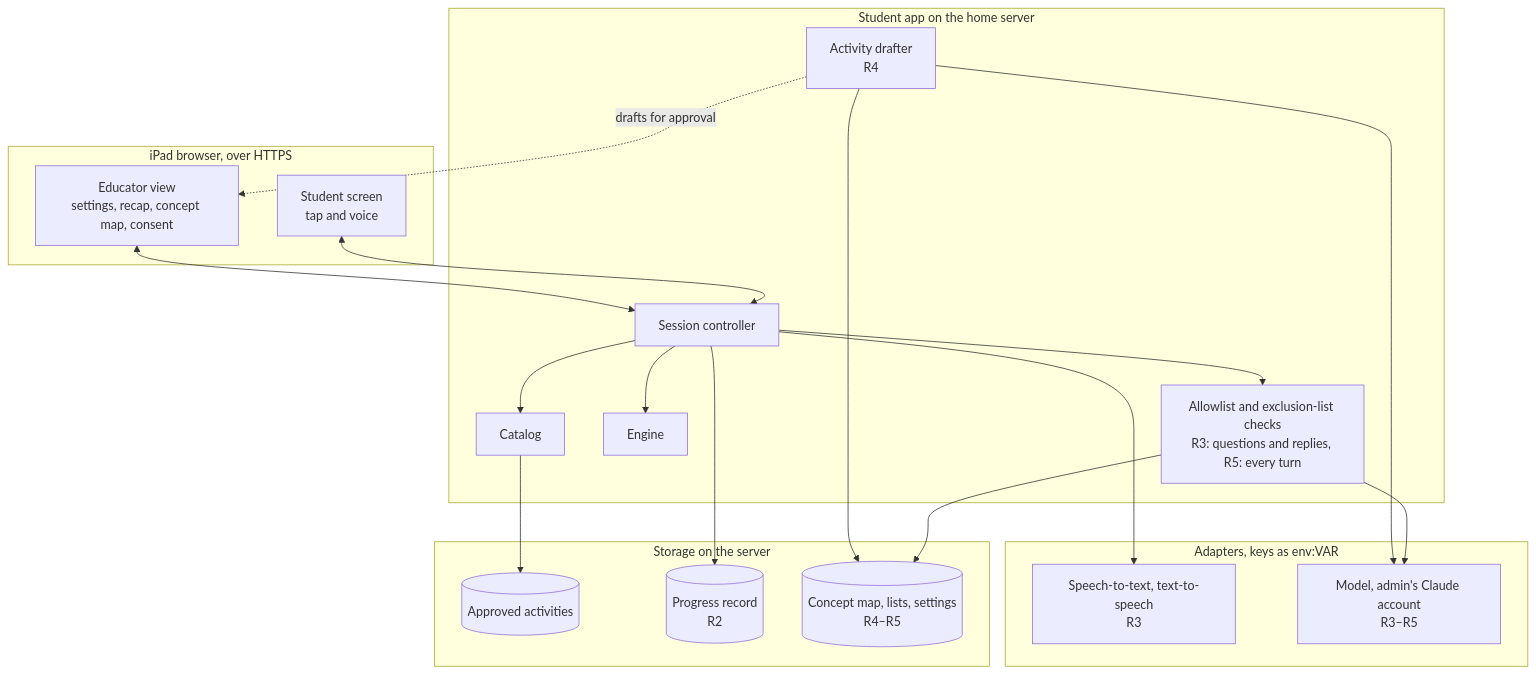
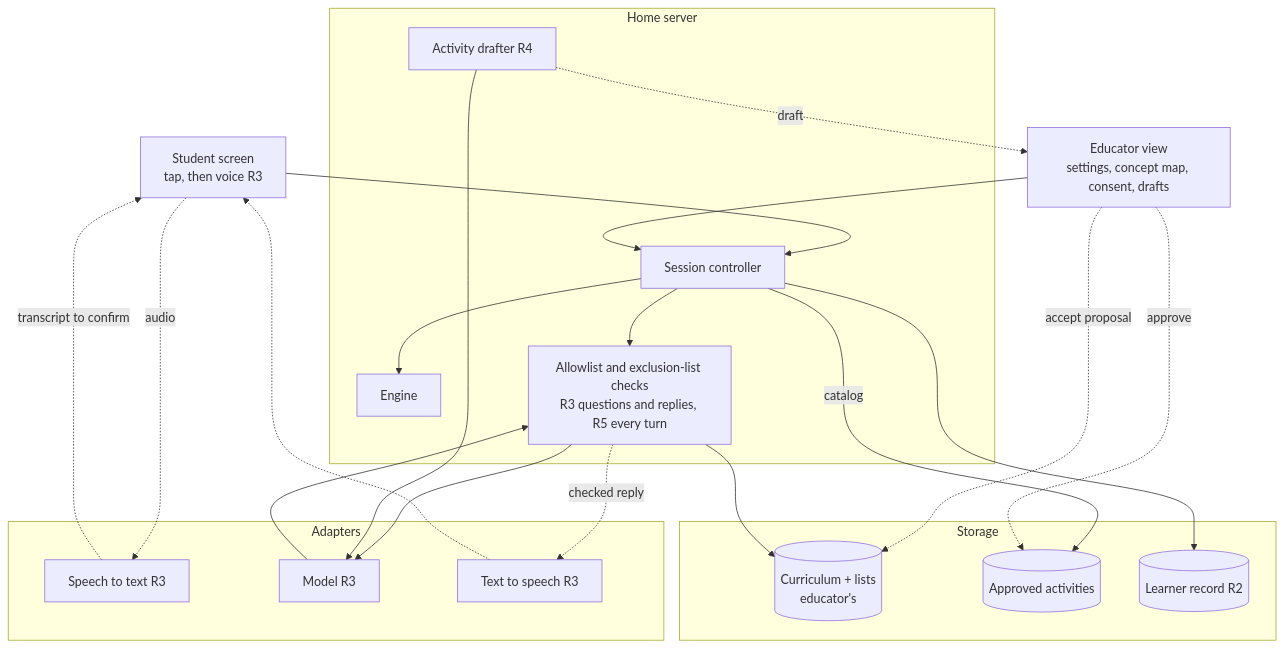
The third of 3 diagrams in docs/ARCHITECTURE.md (torenunez/lerni), drawn with Mermaid before and after one commit. The commit also changed other lines of this file and 9 other files, not shown here.

First line of the commit message:
Apply PR #4 review: data ownership, session contract, study alias

````diff
--- a/docs/ARCHITECTURE.md
+++ b/docs/ARCHITECTURE.md
@@ -157,40 +93,38 @@
 ```mermaid
 flowchart TB
-    subgraph browser[iPad browser, over HTTPS]
-        screen[Student screen<br/>tap and voice]
-        eview[Educator view<br/>settings, recap, concept map, consent]
+    screen[Student screen<br/>tap, then voice R3]
+    eview[Educator view<br/>settings, concept map, consent, drafts]
+
+    subgraph server[Home server]
+        ctrl[Session controller]
+        engine[Engine]
+        checks[Allowlist and exclusion-list checks<br/>R3 questions and replies, R5 every turn]
+        drafter[Activity drafter R4]
     end
 
-    subgraph space[Student app on the home server]
-        ctrl[Session controller]
-        guard[Allowlist and exclusion-list checks<br/>R3: questions and replies, R5: every turn]
-        engine[Engine]
-        catalog[Catalog]
-        drafter[Activity drafter<br/>R4]
+    subgraph data[Storage]
+        curriculum[(Curriculum + lists<br/>educator's)]
+        activities[(Approved activities)]
+        record[(Learner record R2)]
     end
 
-    subgraph store[Storage on the server]
-        files[(Approved activities)]
-        record[(Progress record<br/>R2)]
-        map[(Concept map, lists, settings<br/>R4–R5)]
+    subgraph adapters[Adapters]
+        stt[Speech to text R3]
+        model[Model R3]
+        tts[Text to speech R3]
     end
 
-    subgraph adapters[Adapters, keys as env:VAR]
-        speech[Speech-to-text, text-to-speech<br/>R3]
-        model[Model, admin's Claude account<br/>R3–R5]
-    end
-
-    screen <--> ctrl
-    eview <--> ctrl
-    ctrl --> guard
+    screen --> ctrl
+    eview --> ctrl
     ctrl --> engine
-    ctrl --> catalog
-    catalog --> files
+    ctrl -- catalog --> activities
     ctrl --> record
-    guard --> map
-    drafter --> map
-    drafter -. drafts for approval .-> eview
-    ctrl --> speech
-    guard --> model
+    screen -. audio .-> stt -. transcript to confirm .-> screen
+    ctrl --> checks --> model --> checks
+    checks -. checked reply .-> tts -.-> screen
     drafter --> model
+    drafter -. draft .-> eview
+    eview -. approve .-> activities
+    eview -. accept proposal .-> curriculum
+    checks --> curriculum
 ```
````
